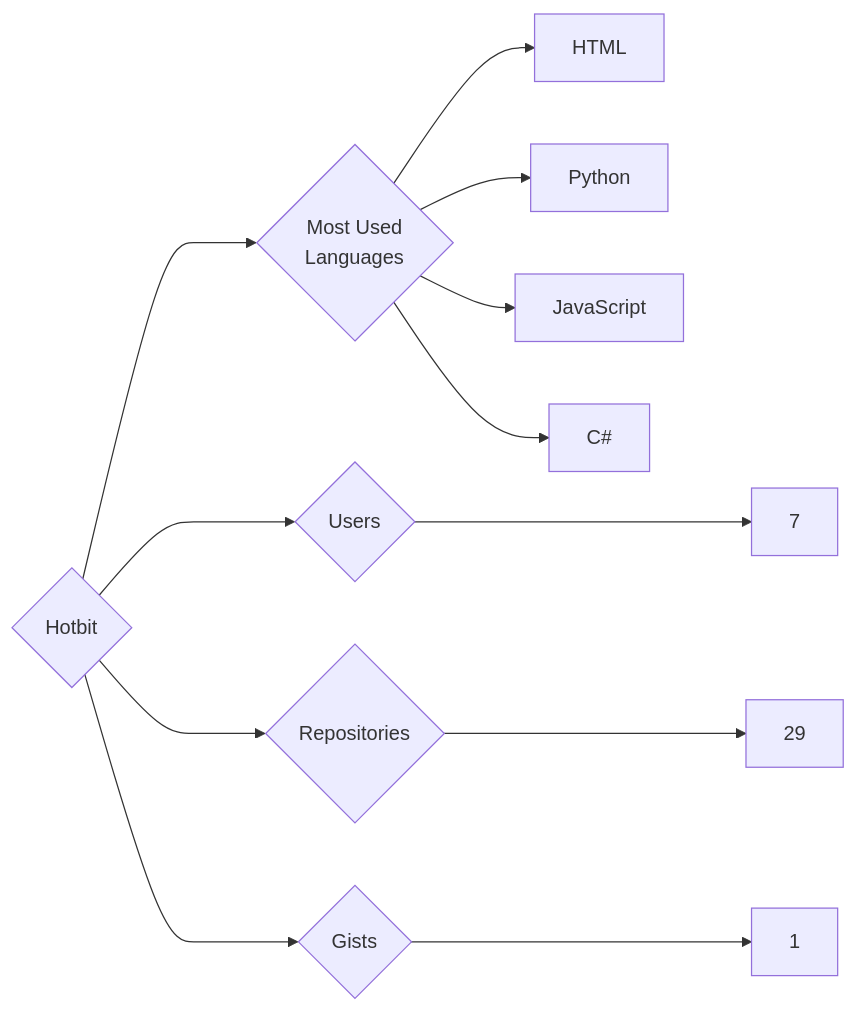
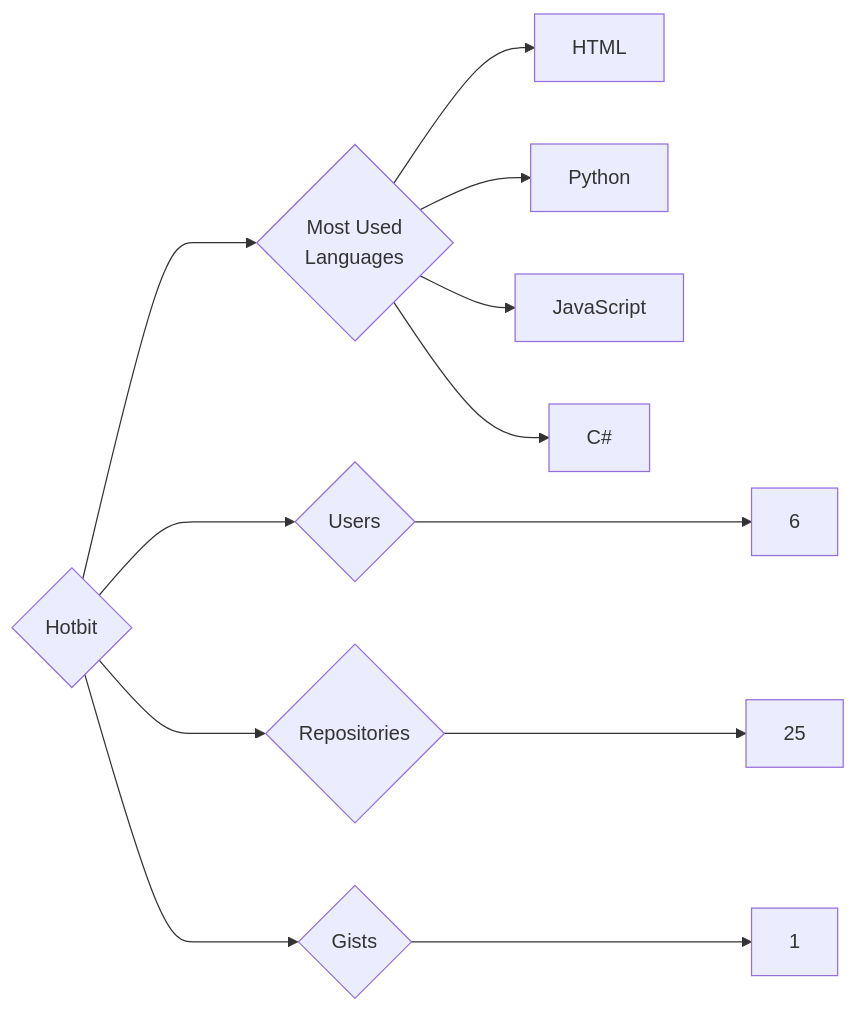
The diagram in targets/Hotbit/README.md (trickest/insiders), drawn with Mermaid before and after one commit. The commit also changed 873 other files, not shown here.

````diff
--- a/targets/Hotbit/README.md
+++ b/targets/Hotbit/README.md
@@ -3,12 +3,12 @@
 ```mermaid
 graph LR
 COMPANY_NAME{Hotbit}
-COMPANY_NAME ---> U{Users} ---> UN[7]
-COMPANY_NAME ---> R{Repositories} ---> RN[29]
+COMPANY_NAME ---> U{Users} ---> UN[6]
+COMPANY_NAME ---> R{Repositories} ---> RN[25]
 COMPANY_NAME ---> G{Gists} ---> GN[1]
 COMPANY_NAME ---> ML{Most Used<br>Languages}
 ML --> HTML[HTML]
 ML --> Python[Python]
 ML --> JavaScript[JavaScript]
 ML --> C#[C#]
 ```
````
